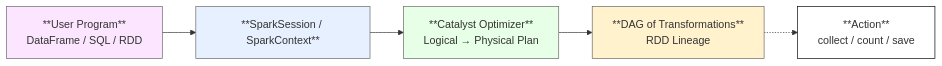
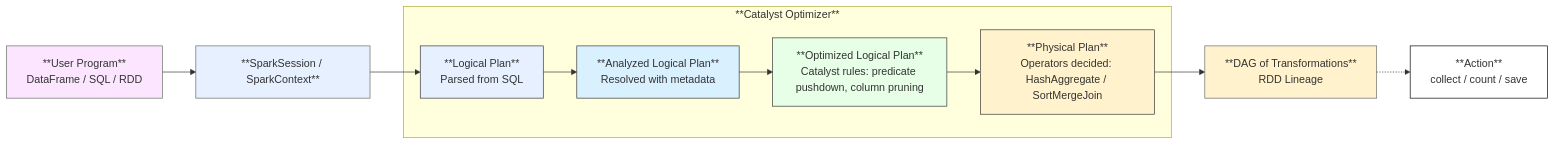
The first of 13 diagrams in README.md (blaire101/Spark-Journey-2025), drawn with Mermaid before and after one commit. The commit also changed other lines of this file, not shown here.

````diff
--- a/README.md
+++ b/README.md
@@ -35,22 +35,37 @@
 ```mermaid
 flowchart LR
-    A[**User Program**<br>DataFrame / SQL / RDD] --> B[**SparkSession / SparkContext**]
-    B --> C[**Catalyst Optimizer**<br>Logical → Physical Plan]
-    C --> X[**DAG of Transformations**<br>RDD Lineage]
-    X -.-> Y[**Action**<br>collect / count / save]
+    A[**User Program**<br/>DataFrame / SQL / RDD] --> B[**SparkSession / SparkContext**]
 
-    %% === Color classes (lighter colors) ===
+    %% Catalyst Optimizer subgraph
+    subgraph C[**Catalyst Optimizer**]
+        C1[**Logical Plan**<br/>Parsed from SQL] --> C2[**Analyzed Logical Plan**<br/>Resolved with metadata]
+        C2 --> C3[**Optimized Logical Plan**<br/>Catalyst rules: predicate pushdown, column pruning]
+        C3 --> C4[**Physical Plan**<br/>Operators decided: HashAggregate / SortMergeJoin]
+    end
+
+    B --> C1
+    C4 --> X[**DAG of Transformations**<br/>RDD Lineage]
+
+    X -.-> Y[**Action**<br/>collect / count / save]
+
+    %% === Color classes ===
     classDef user fill:#fce5ff,stroke:#666,stroke-width:1px;
     classDef context fill:#e6f0ff,stroke:#666,stroke-width:1px;
-    classDef catalyst fill:#e6ffe6,stroke:#666,stroke-width:1px;
+    classDef logical fill:#e6f0ff,stroke:#333,stroke-width:1px;
+    classDef analyzed fill:#d9f0ff,stroke:#333,stroke-width:1px;
+    classDef optimized fill:#e6ffe6,stroke:#333,stroke-width:1px;
+    classDef physical fill:#fff2cc,stroke:#333,stroke-width:1px;
     classDef dag fill:#fff2cc,stroke:#666,stroke-width:1px;
 
-    %% === Make Y node black & white ===
-    style Y fill:#ffffff,stroke:#000000,stroke-width:1px;
-
-    %% === Assign classes ===
+    %% Assign styles
     class A user;
     class B context;
-    class C catalyst;
+    class C1 logical;
+    class C2 analyzed;
+    class C3 optimized;
+    class C4 physical;
     class X dag;
+
+    %% Make Action node black & white
+    style Y fill:#ffffff,stroke:#000000,stroke-width:1px;
 ```
````
